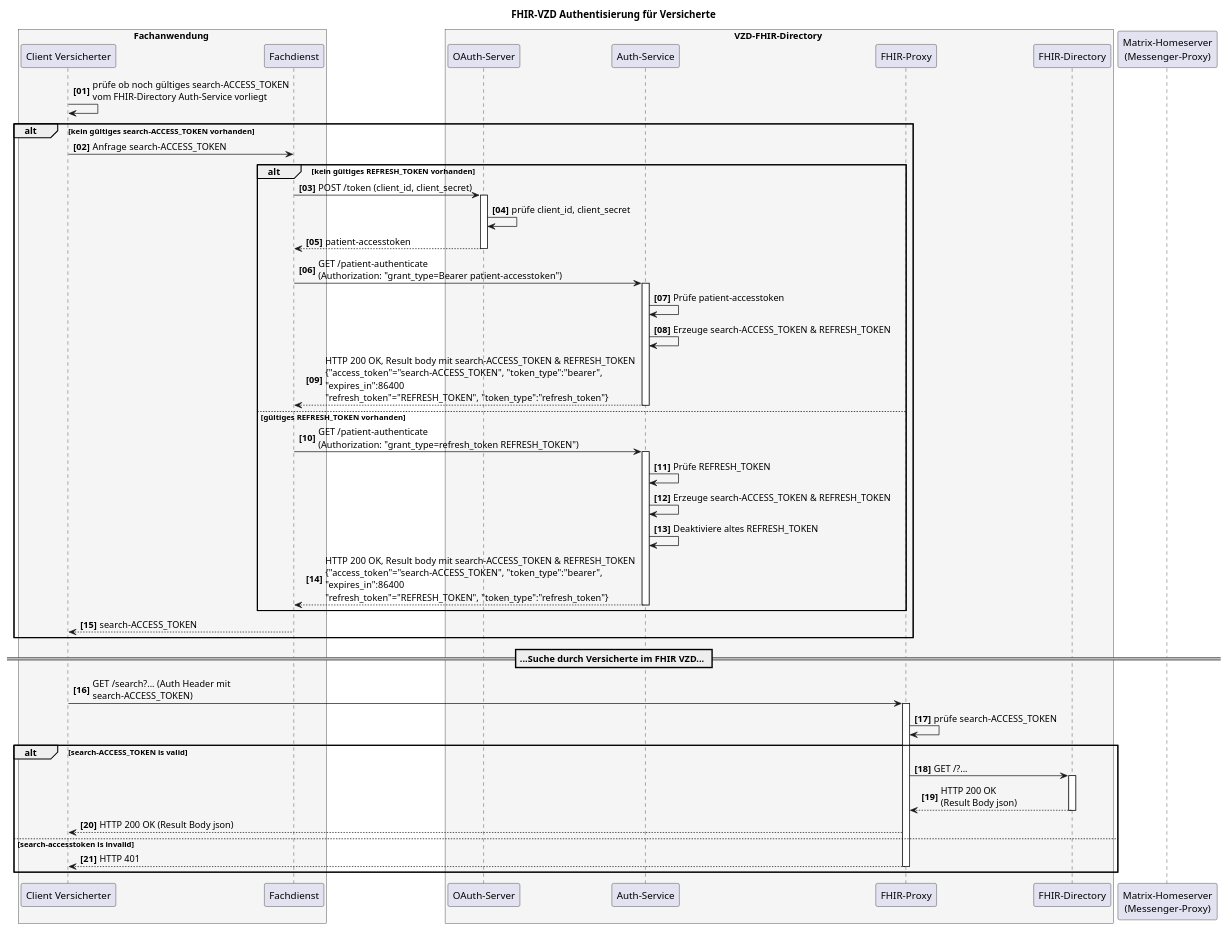
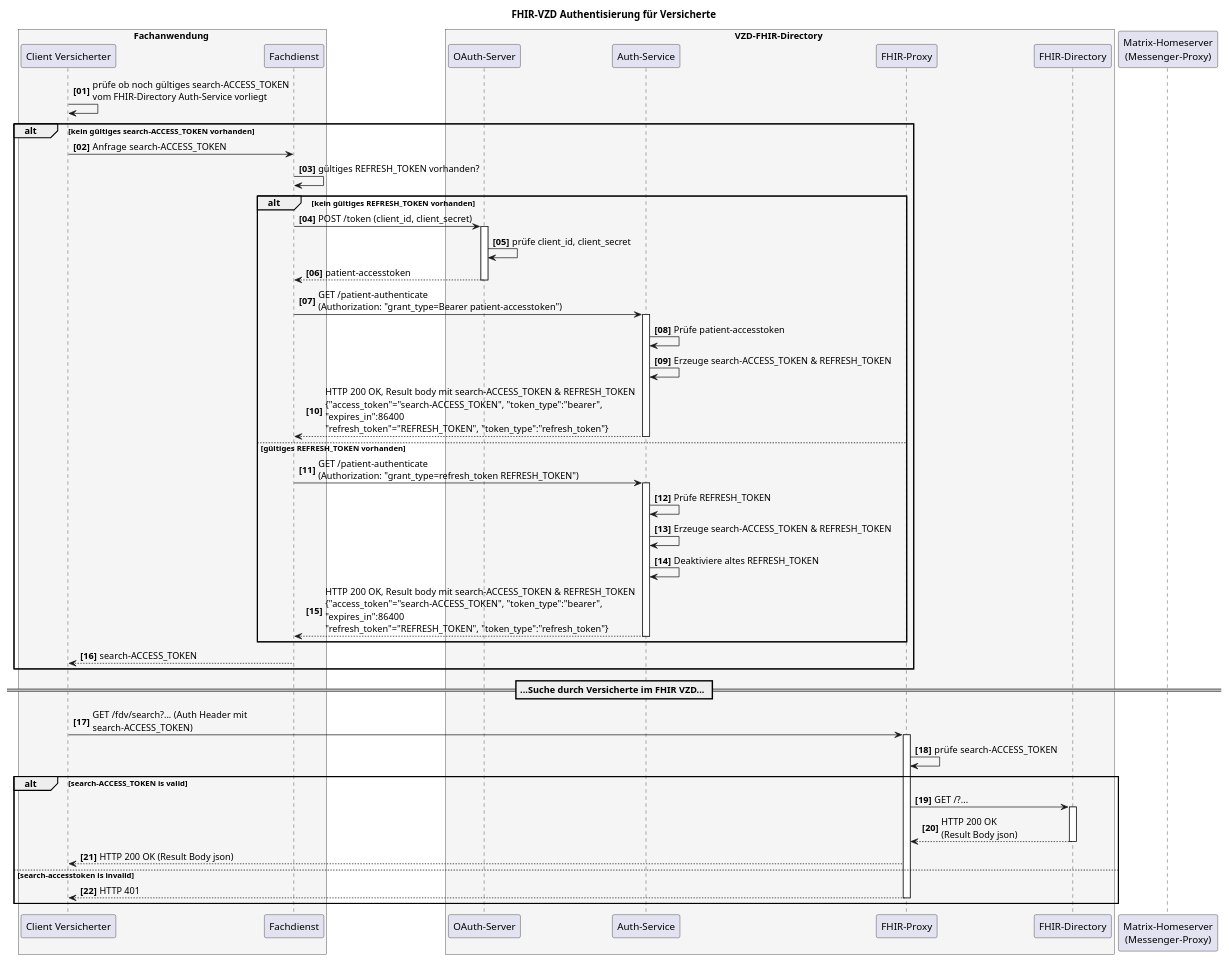
The diagram in src/plantuml/SequenceDiagram.FHIR-Directory.fdv.search.puml (gematik/api-vzd), drawn with PlantUML before and after one commit.

```diff
--- a/src/plantuml/SequenceDiagram.FHIR-Directory.fdv.search.puml
+++ b/src/plantuml/SequenceDiagram.FHIR-Directory.fdv.search.puml
@@ -1,69 +1,72 @@
 @startuml
 autonumber 1 1 "<b>[00]"
 title "FHIR-VZD Authentisierung für Versicherte"
 
 
 box Fachanwendung #WhiteSmoke
     participant VClient as "Client Versicherter"
     participant FDienst as "Fachdienst"
 end box
 
 box VZD-FHIR-Directory #WhiteSmoke
     participant "OAuth-Server" as VzdOAuth
     participant "Auth-Service" as VzdAuth
     participant fp as "FHIR-Proxy"
     participant fd as "FHIR-Directory"
 end box
 
 participant hs as "Matrix-Homeserver\n(Messenger-Proxy)"
 
 VClient-> VClient: prüfe ob noch gültiges search-ACCESS_TOKEN\nvom FHIR-Directory Auth-Service vorliegt
 
 alt kein gültiges search-ACCESS_TOKEN vorhanden
-VClient-> FDienst: Anfrage search-ACCESS_TOKEN
+   VClient-> FDienst: Anfrage search-ACCESS_TOKEN
 
-alt kein gültiges REFRESH_TOKEN vorhanden
-FDienst ->VzdOAuth++: POST /token (client_id, client_secret)
-VzdOAuth->VzdOAuth: prüfe client_id, client_secret
-VzdOAuth-->FDienst: patient-accesstoken
-deactivate VzdOAuth
+   FDienst->FDienst: gültiges REFRESH_TOKEN vorhanden?
 
-FDienst->VzdAuth++: GET /patient-authenticate \n(Authorization: "grant_type=Bearer patient-accesstoken")
+  alt kein gültiges REFRESH_TOKEN vorhanden
+     FDienst ->VzdOAuth++: POST /token (client_id, client_secret)
+     VzdOAuth->VzdOAuth: prüfe client_id, client_secret
+     VzdOAuth-->FDienst: patient-accesstoken
+     deactivate VzdOAuth
 
-VzdAuth->VzdAuth: Prüfe patient-accesstoken
+     FDienst->VzdAuth++: GET /patient-authenticate \n(Authorization: "grant_type=Bearer patient-accesstoken")
 
-VzdAuth->VzdAuth: Erzeuge search-ACCESS_TOKEN & REFRESH_TOKEN
-VzdAuth-->FDienst: HTTP 200 OK, Result body mit search-ACCESS_TOKEN & REFRESH_TOKEN\n{"access_token"="search-ACCESS_TOKEN", "token_type":"bearer",\n"expires_in":86400\n"refresh_token"="REFRESH_TOKEN", "token_type":"refresh_token"}
-deactivate VzdAuth
+     VzdAuth->VzdAuth: Prüfe patient-accesstoken
+
+     VzdAuth->VzdAuth: Erzeuge search-ACCESS_TOKEN & REFRESH_TOKEN
+     VzdAuth-->FDienst: HTTP 200 OK, Result body mit search-ACCESS_TOKEN & REFRESH_TOKEN\n{"access_token"="search-ACCESS_TOKEN", "token_type":"bearer",\n"expires_in":86400\n"refresh_token"="REFRESH_TOKEN", "token_type":"refresh_token"}
+     deactivate VzdAuth
+
  else gültiges REFRESH_TOKEN vorhanden
-FDienst->VzdAuth++: GET /patient-authenticate \n(Authorization: "grant_type=refresh_token REFRESH_TOKEN")
+     FDienst->VzdAuth++: GET /patient-authenticate \n(Authorization: "grant_type=refresh_token REFRESH_TOKEN")
 
-VzdAuth->VzdAuth: Prüfe REFRESH_TOKEN
+     VzdAuth->VzdAuth: Prüfe REFRESH_TOKEN
 
-VzdAuth->VzdAuth: Erzeuge search-ACCESS_TOKEN & REFRESH_TOKEN
-VzdAuth->VzdAuth: Deaktiviere altes REFRESH_TOKEN
-VzdAuth-->FDienst: HTTP 200 OK, Result body mit search-ACCESS_TOKEN & REFRESH_TOKEN\n{"access_token"="search-ACCESS_TOKEN", "token_type":"bearer",\n"expires_in":86400\n"refresh_token"="REFRESH_TOKEN", "token_type":"refresh_token"}
-deactivate VzdAuth
-end
+     VzdAuth->VzdAuth: Erzeuge search-ACCESS_TOKEN & REFRESH_TOKEN
+     VzdAuth->VzdAuth: Deaktiviere altes REFRESH_TOKEN
+     VzdAuth-->FDienst: HTTP 200 OK, Result body mit search-ACCESS_TOKEN & REFRESH_TOKEN\n{"access_token"="search-ACCESS_TOKEN", "token_type":"bearer",\n"expires_in":86400\n"refresh_token"="REFRESH_TOKEN", "token_type":"refresh_token"}
+     deactivate VzdAuth
+ end
 
-FDienst-->VClient: search-ACCESS_TOKEN
+   FDienst-->VClient: search-ACCESS_TOKEN
 end
 
 == ...Suche durch Versicherte im FHIR VZD... ==
 
-VClient -> fp: GET /search?... (Auth Header mit\nsearch-ACCESS_TOKEN)
+VClient -> fp: GET /fdv/search?... (Auth Header mit\nsearch-ACCESS_TOKEN)
 activate fp
 fp -> fp: prüfe search-ACCESS_TOKEN
 
 alt search-ACCESS_TOKEN is valid
-fp -> fd: GET /?...
-activate fd
-fd --> fp: HTTP 200 OK\n(Result Body json)
-deactivate fd
-fp --> VClient : HTTP 200 OK (Result Body json)
-else search-accesstoken is invalid
-fp --> VClient : HTTP 401
-deactivate fp
+   fp -> fd: GET /?...
+   activate fd
+   fd --> fp: HTTP 200 OK\n(Result Body json)
+   deactivate fd
+   fp --> VClient : HTTP 200 OK (Result Body json)
+ else search-accesstoken is invalid
+   fp --> VClient : HTTP 401
+   deactivate fp
 end
 
 @enduml
```
